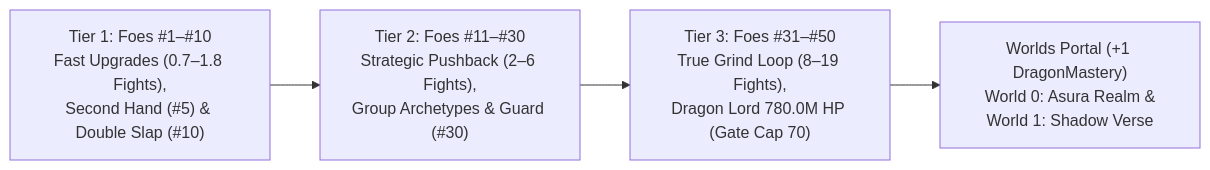
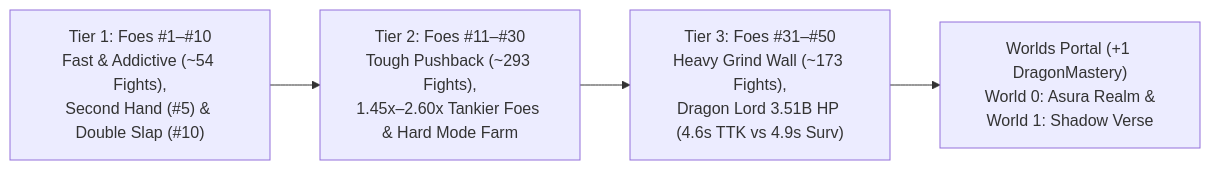
One commit to Gauravzz12/These-Hands changed the diagram in docs/GAME_DESIGN_AND_ECONOMY_BIBLE.md. Above: the diagram before and after it, drawn with Mermaid. The commit also changed other lines of this file and 2 other files, not shown here.

````diff
--- a/docs/GAME_DESIGN_AND_ECONOMY_BIBLE.md
+++ b/docs/GAME_DESIGN_AND_ECONOMY_BIBLE.md
@@ -18,6 +25,6 @@
 ```mermaid
 flowchart LR
-    A["Tier 1: Foes #1–#10\nFast Upgrades (0.7–1.8 Fights),\nSecond Hand (#5) & Double Slap (#10)"] --> B["Tier 2: Foes #11–#30\nStrategic Pushback (2–6 Fights),\nGroup Archetypes & Guard (#30)"]
-    B --> C["Tier 3: Foes #31–#50\nTrue Grind Loop (8–19 Fights),\nDragon Lord 780.0M HP (Gate Cap 70)"]
+    A["Tier 1: Foes #1–#10\nFast & Addictive (~54 Fights),\nSecond Hand (#5) & Double Slap (#10)"] --> B["Tier 2: Foes #11–#30\nTough Pushback (~293 Fights),\n1.45x–2.60x Tankier Foes & Hard Mode Farm"]
+    B --> C["Tier 3: Foes #31–#50\nHeavy Grind Wall (~173 Fights),\nDragon Lord 3.51B HP (4.6s TTK vs 4.9s Surv)"]
     C --> D["Worlds Portal (+1 DragonMastery)\nWorld 0: Asura Realm &\nWorld 1: Shadow Verse"]
 ```
````
